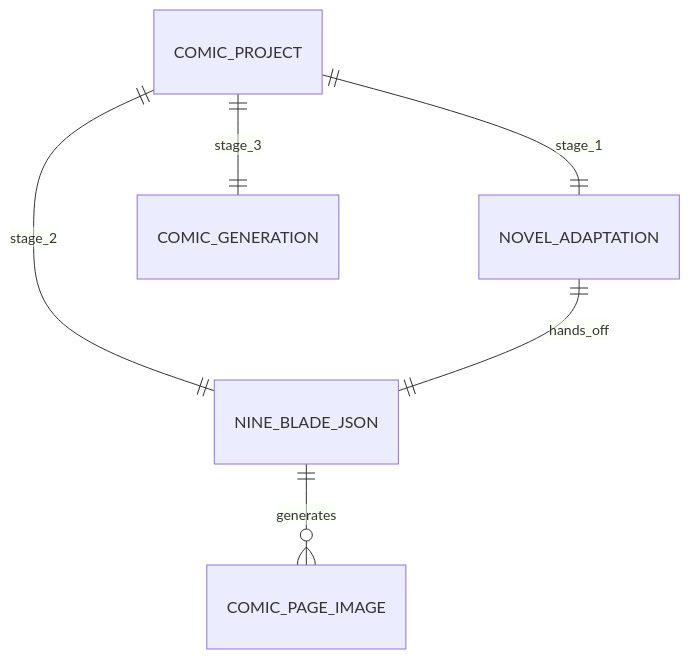
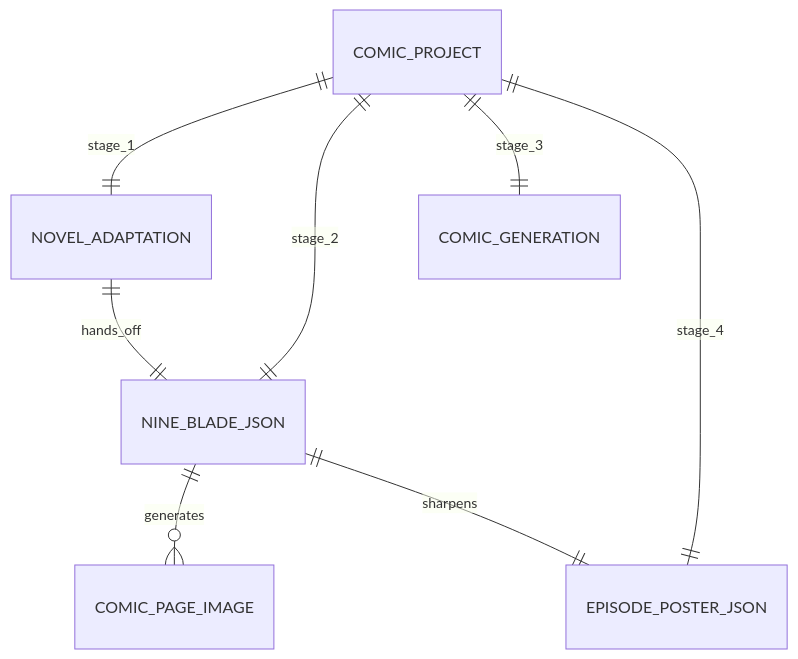
One commit to ZEN-VOID/AI-CUT changed the third of 3 diagrams in .agents/skills/comic/SKILL.md. Above: the diagram before and after it, drawn with Mermaid. The commit also changed other lines of this file and 41 other files, not shown here.

````diff
--- a/.agents/skills/comic/SKILL.md
+++ b/.agents/skills/comic/SKILL.md
@@ -69,8 +75,10 @@
 ```mermaid
 erDiagram
     COMIC_PROJECT ||--|| NOVEL_ADAPTATION : stage_1
     COMIC_PROJECT ||--|| NINE_BLADE_JSON : stage_2
     COMIC_PROJECT ||--|| COMIC_GENERATION : stage_3
+    COMIC_PROJECT ||--|| EPISODE_POSTER_JSON : stage_4
     NOVEL_ADAPTATION ||--|| NINE_BLADE_JSON : hands_off
     NINE_BLADE_JSON ||--o{ COMIC_PAGE_IMAGE : generates
+    NINE_BLADE_JSON ||--|| EPISODE_POSTER_JSON : sharpens
 ```
````
